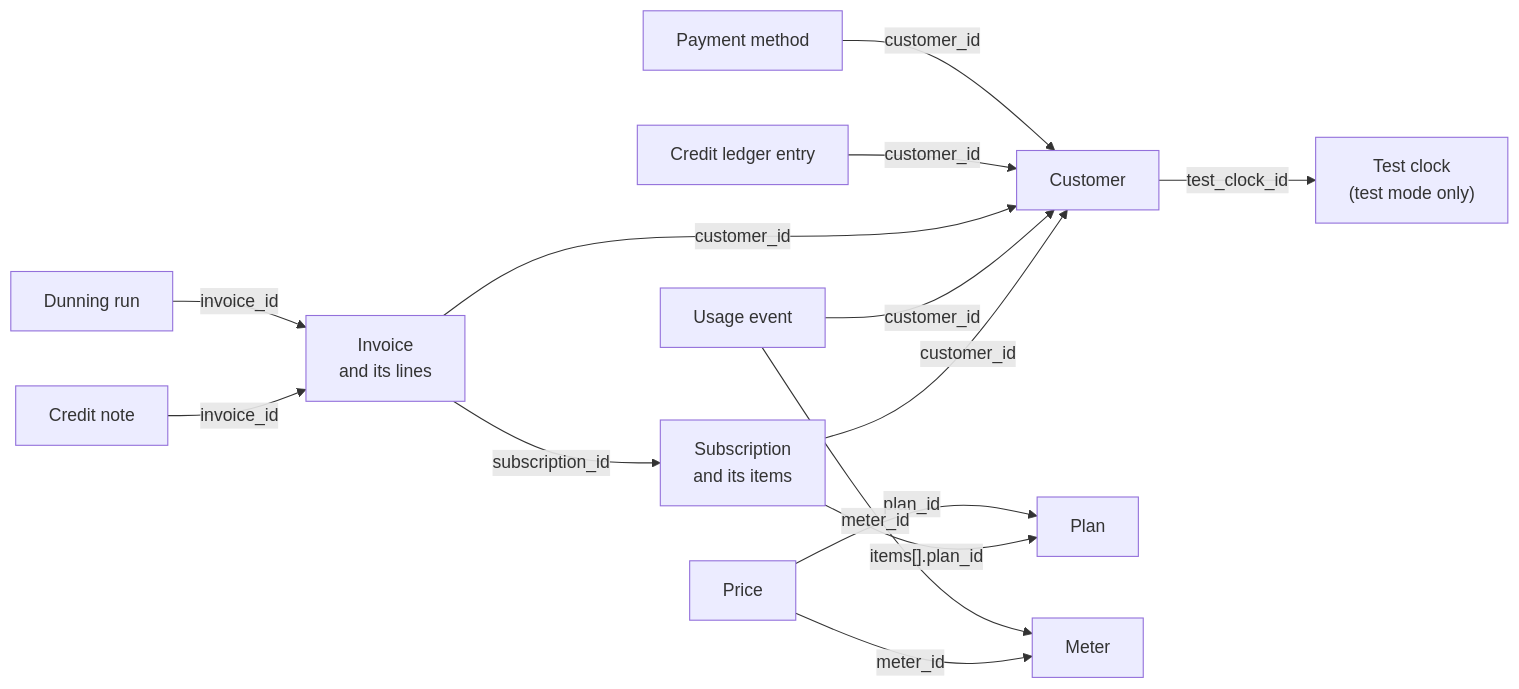
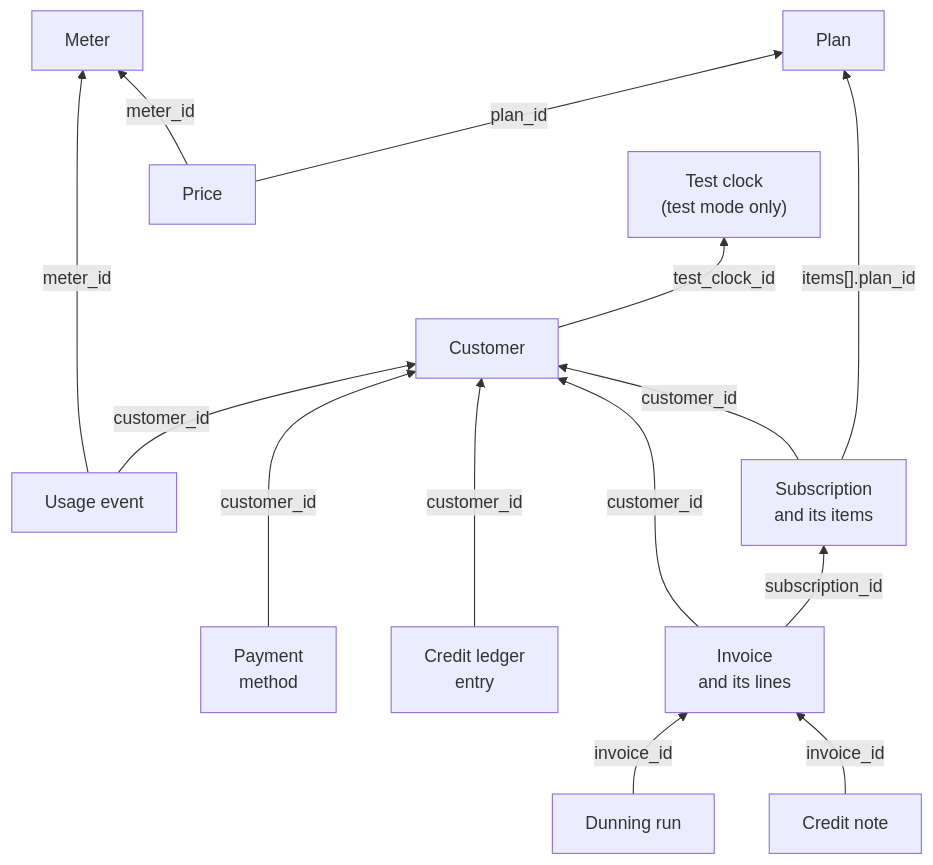
Before and after one commit to gethardcount/hardcount: the diagram in docs/concepts/data-model.md, drawn with Mermaid. The commit also changed 7 other files, not shown here.

First line of the commit message:
docs: the data-model diagram without crossings; link text that says where it goes

````diff
--- a/docs/concepts/data-model.md
+++ b/docs/concepts/data-model.md
@@ -14,29 +14,33 @@
 ```mermaid
-flowchart LR
+flowchart BT
+    %% Each arrow points to the object a field names. Layout only:
+    %% "C ~~~ PR" keeps Customer below Price, and the longer arrows
+    %% from Payment method and Credit ledger entry keep their labels apart.
+    M["Meter"]
+    PR["Price"]
+    P["Plan"]
     TC["Test clock<br/>(test mode only)"]
     C["Customer"]
+    U["Usage event"]
+    PM["Payment<br/>method"]
+    L["Credit ledger<br/>entry"]
     S["Subscription<br/>and its items"]
-    P["Plan"]
-    PR["Price"]
-    M["Meter"]
-    U["Usage event"]
     I["Invoice<br/>and its lines"]
+    D["Dunning run"]
     CN["Credit note"]
-    L["Credit ledger entry"]
-    PM["Payment method"]
-    D["Dunning run"]
 
+    PR -->|"meter_id"| M
+    PR -->|"plan_id"| P
+    C ~~~ PR
     C -->|"test_clock_id"| TC
+    U -->|"meter_id"| M
+    U -->|"customer_id"| C
+    PM --->|"customer_id"| C
+    L --->|"customer_id"| C
+    I -->|"customer_id"| C
     S -->|"customer_id"| C
     S -->|"items[].plan_id"| P
-    PR -->|"plan_id"| P
-    PR -->|"meter_id"| M
-    U -->|"customer_id"| C
-    U -->|"meter_id"| M
-    I -->|"customer_id"| C
     I -->|"subscription_id"| S
+    D -->|"invoice_id"| I
     CN -->|"invoice_id"| I
-    L -->|"customer_id"| C
-    PM -->|"customer_id"| C
-    D -->|"invoice_id"| I
 ```
````
